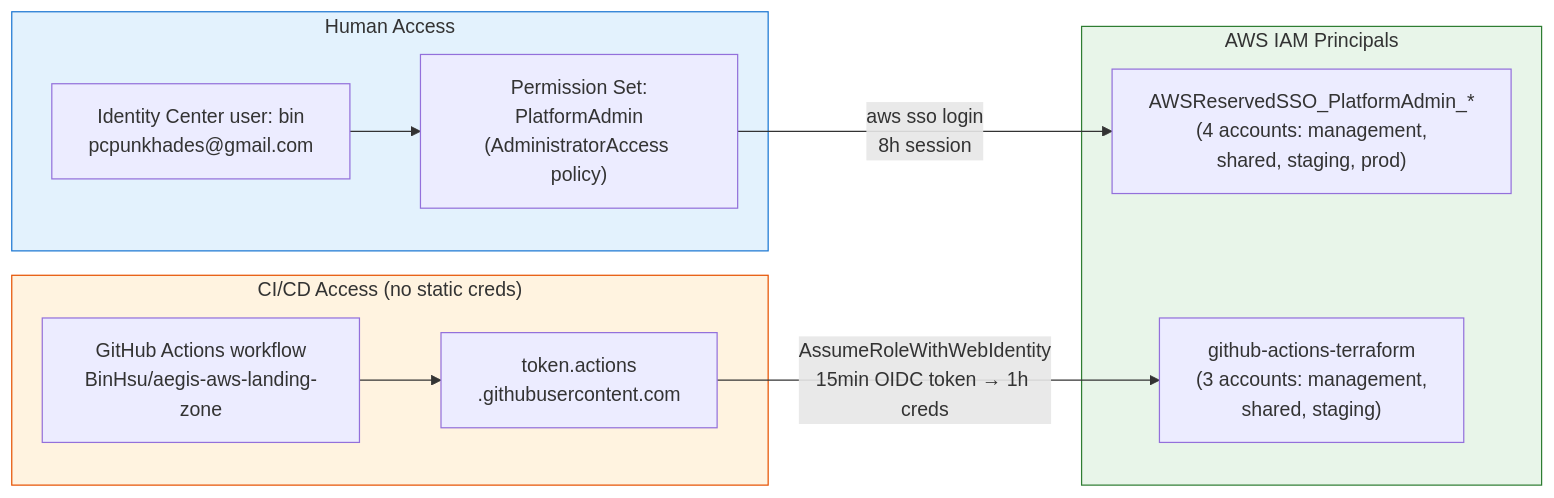
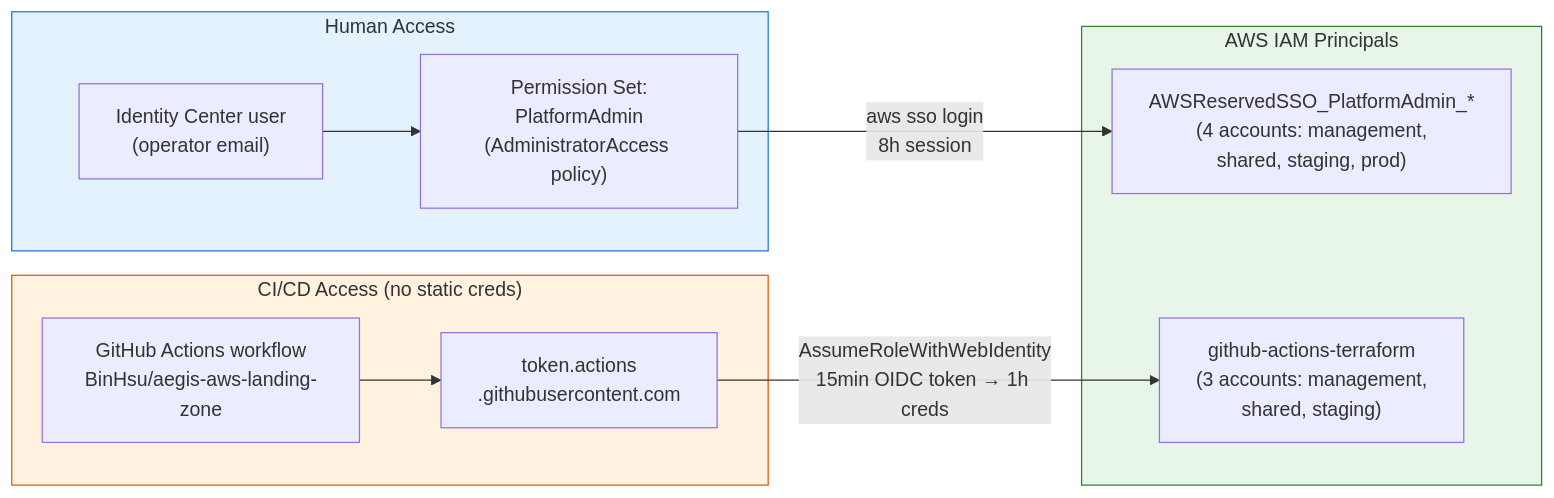
One commit to BinHsu/aegis-aws-landing-zone changed the third of 5 diagrams in docs/architecture.md. Above: the diagram before and after it, drawn with Mermaid. The commit also changed 6 other files, not shown here.

````diff
--- a/docs/architecture.md
+++ b/docs/architecture.md
@@ -95,26 +95,26 @@
 ```mermaid
 flowchart LR
   subgraph Human["Human Access"]
-    bin["Identity Center user: bin<br/>pcpunkhades@gmail.com"]
+    bin["Identity Center user<br/>(operator email)"]
     ps["Permission Set:<br/>PlatformAdmin<br/>(AdministratorAccess policy)"]
   end
 
   subgraph CI["CI/CD Access (no static creds)"]
     gha["GitHub Actions workflow<br/>BinHsu/aegis-aws-landing-zone"]
     oidc["token.actions<br/>.githubusercontent.com"]
   end
 
   subgraph AWS["AWS IAM Principals"]
     sso_roles["AWSReservedSSO_PlatformAdmin_*<br/>(4 accounts: management,<br/>shared, staging, prod)"]
     ci_roles["github-actions-terraform<br/>(3 accounts: management,<br/>shared, staging)"]
   end
 
   bin --> ps
   ps -->|aws sso login<br/>8h session| sso_roles
   gha --> oidc
   oidc -->|AssumeRoleWithWebIdentity<br/>15min OIDC token → 1h creds| ci_roles
 
   style Human fill:#e3f2fd,stroke:#1976d2
   style CI fill:#fff3e0,stroke:#e65100
   style AWS fill:#e8f5e9,stroke:#2e7d32
 ```
````
